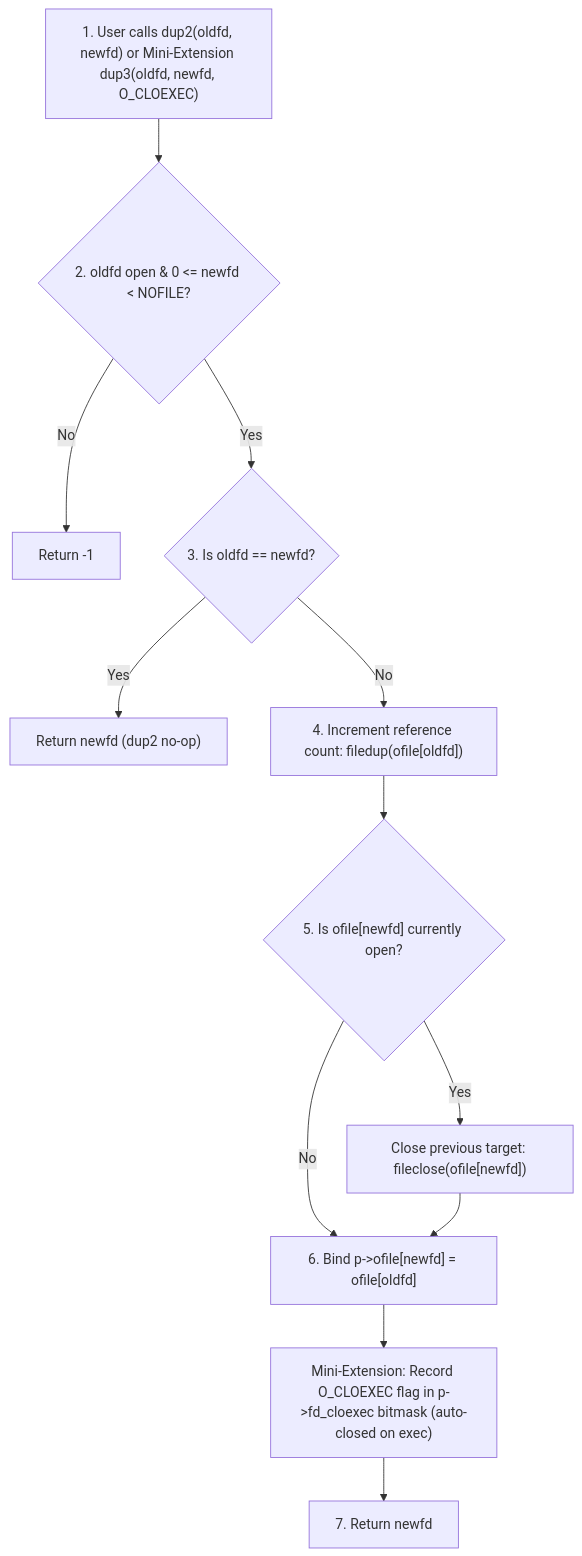
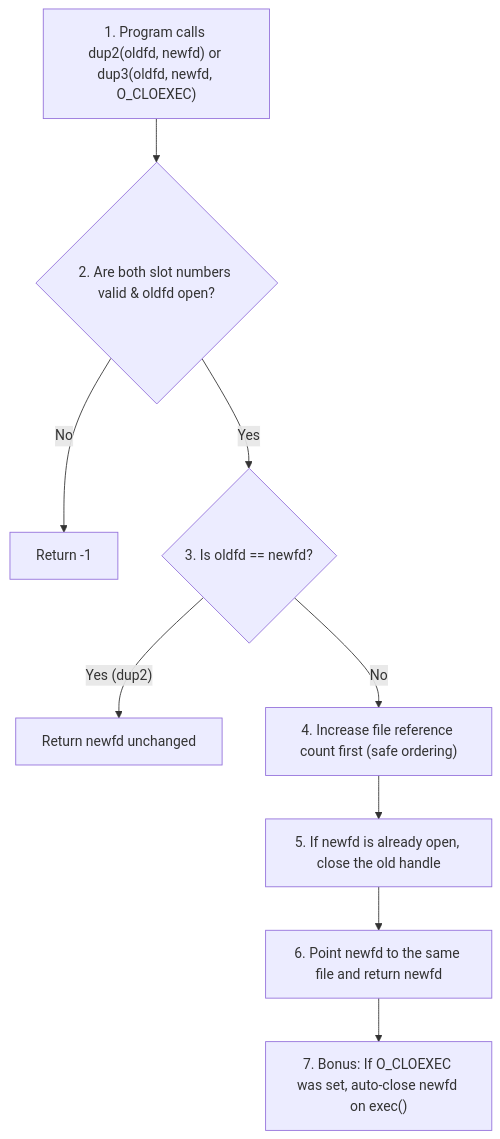
One commit to asbahkhan67-ctrl/xv6-riscv changed diagram 20 of 21 in README.md. Above: the diagram before and after it, drawn with Mermaid. The commit also changed other lines of this file and 42 other files, not shown here.

````diff
--- a/README.md
+++ b/README.md
@@ -1143,14 +1199,11 @@
 ```mermaid
 flowchart TD
-    A["1. User calls dup2(oldfd, newfd) or Mini-Extension dup3(oldfd, newfd, O_CLOEXEC)"] --> B{"2. oldfd open & 0 <= newfd < NOFILE?"}
+    A["1. Program calls dup2(oldfd, newfd) or dup3(oldfd, newfd, O_CLOEXEC)"] --> B{"2. Are both slot numbers valid & oldfd open?"}
     B -- "No" --> ERR["Return -1"]
     B -- "Yes" --> C{"3. Is oldfd == newfd?"}
-    C -- "Yes" --> RET["Return newfd (dup2 no-op)"]
-    C -- "No" --> D["4. Increment reference count: filedup(ofile[oldfd])"]
-    D --> E{"5. Is ofile[newfd] currently open?"}
-    E -- "Yes" --> F["Close previous target: fileclose(ofile[newfd])"]
-    E -- "No" --> G["6. Bind p->ofile[newfd] = ofile[oldfd]"]
-    F --> G
-    G --> CLO["Mini-Extension: Record O_CLOEXEC flag in p->fd_cloexec bitmask (auto-closed on exec)"]
-    CLO --> RET2["7. Return newfd"]
+    C -- "Yes (dup2)" --> SAME["Return newfd unchanged"]
+    C -- "No" --> D["4. Increase file reference count first (safe ordering)"]
+    D --> E["5. If newfd is already open, close the old handle"]
+    E --> F["6. Point newfd to the same file and return newfd"]
+    F --> G["7. Bonus: If O_CLOEXEC was set, auto-close newfd on exec()"]
 ```
````
